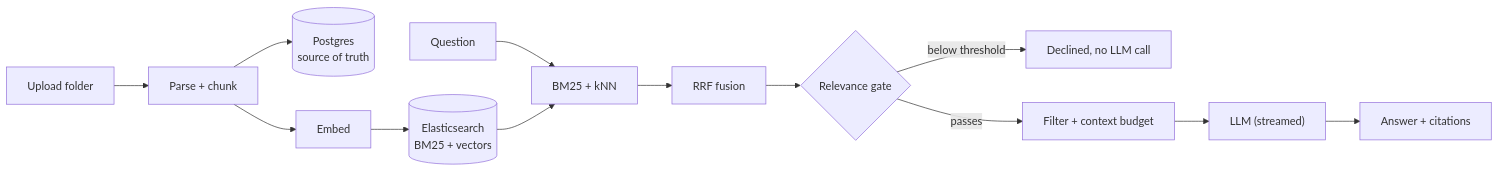
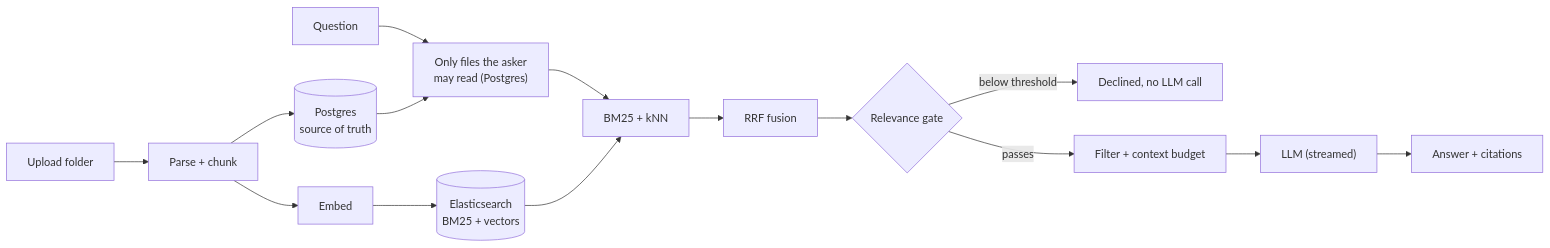
Before and after one commit to Shashank8602/DevDocs: the diagram in README.md, drawn with Mermaid. The commit also changed other lines of this file and 21 other files, not shown here.

````diff
--- a/README.md
+++ b/README.md
@@ -35,10 +55,11 @@
 ```mermaid
 flowchart LR
     U["Upload folder"] --> I["Parse + chunk"]
     I --> PG[("Postgres<br/>source of truth")]
     I --> E["Embed"] --> ES[("Elasticsearch<br/>BM25 + vectors")]
-    Q["Question"] --> R["BM25 + kNN"] --> F["RRF fusion"] --> G{"Relevance gate"}
+    Q["Question"] --> V["Only files the asker<br/>may read (Postgres)"] --> R["BM25 + kNN"] --> F["RRF fusion"] --> G{"Relevance gate"}
+    PG --> V
     ES --> R
     G -- "below threshold" --> N["Declined, no LLM call"]
     G -- "passes" --> P["Filter + context budget"] --> L["LLM (streamed)"] --> A["Answer + citations"]
 ```
````
